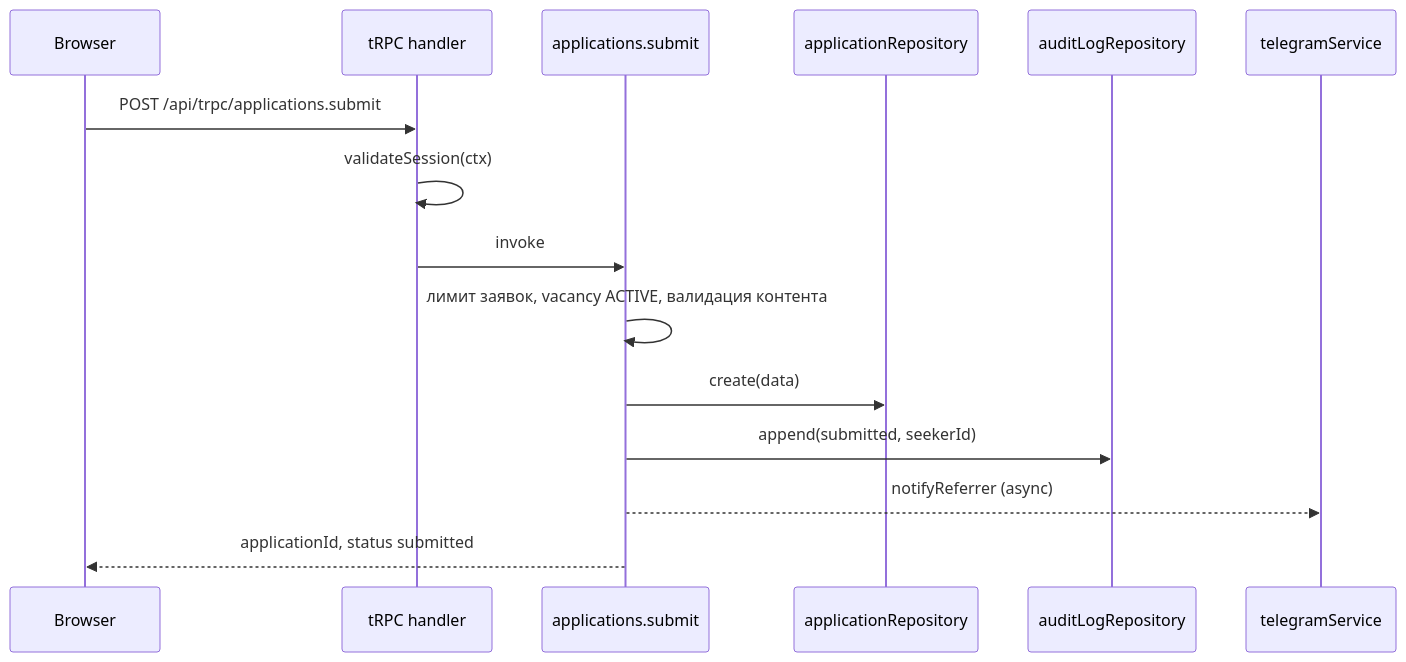
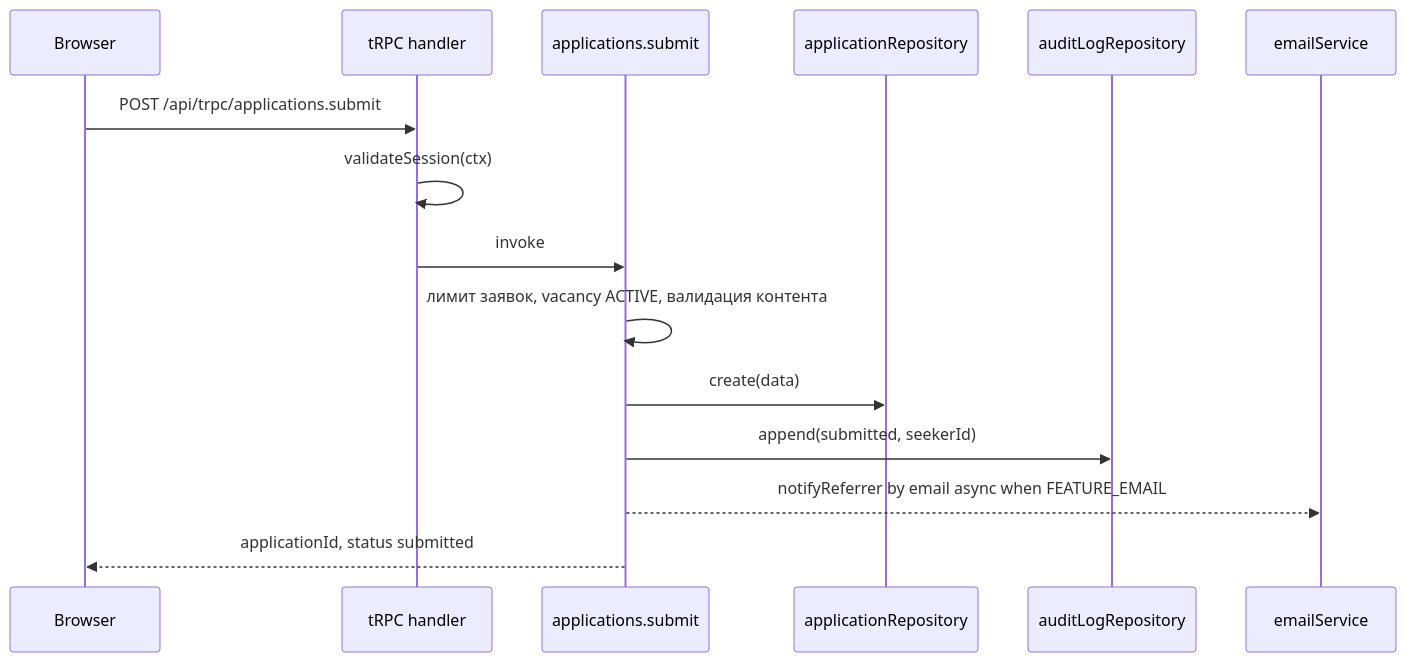
Before and after one commit to Ernest0-Production/Referi: the second of 4 diagrams in spec/spec-architecture-referi-system.md, drawn with Mermaid. The commit also changed other lines of this file and 43 other files, not shown here.

````diff
--- a/spec/spec-architecture-referi-system.md
+++ b/spec/spec-architecture-referi-system.md
@@ -180,17 +178,17 @@
 ```mermaid
 sequenceDiagram
   participant B as Browser
   participant H as tRPC handler
   participant R as applications.submit
   participant AR as applicationRepository
   participant AL as auditLogRepository
-  participant T as telegramService
+  participant E as emailService
   B->>H: POST /api/trpc/applications.submit
   H->>H: validateSession(ctx)
   H->>R: invoke
   R->>R: лимит заявок, vacancy ACTIVE, валидация контента
   R->>AR: create(data)
   R->>AL: append(submitted, seekerId)
-  R-->>T: notifyReferrer (async)
+  R-->>E: notifyReferrer by email async when FEATURE_EMAIL
   R-->>B: applicationId, status submitted
 ```
````
